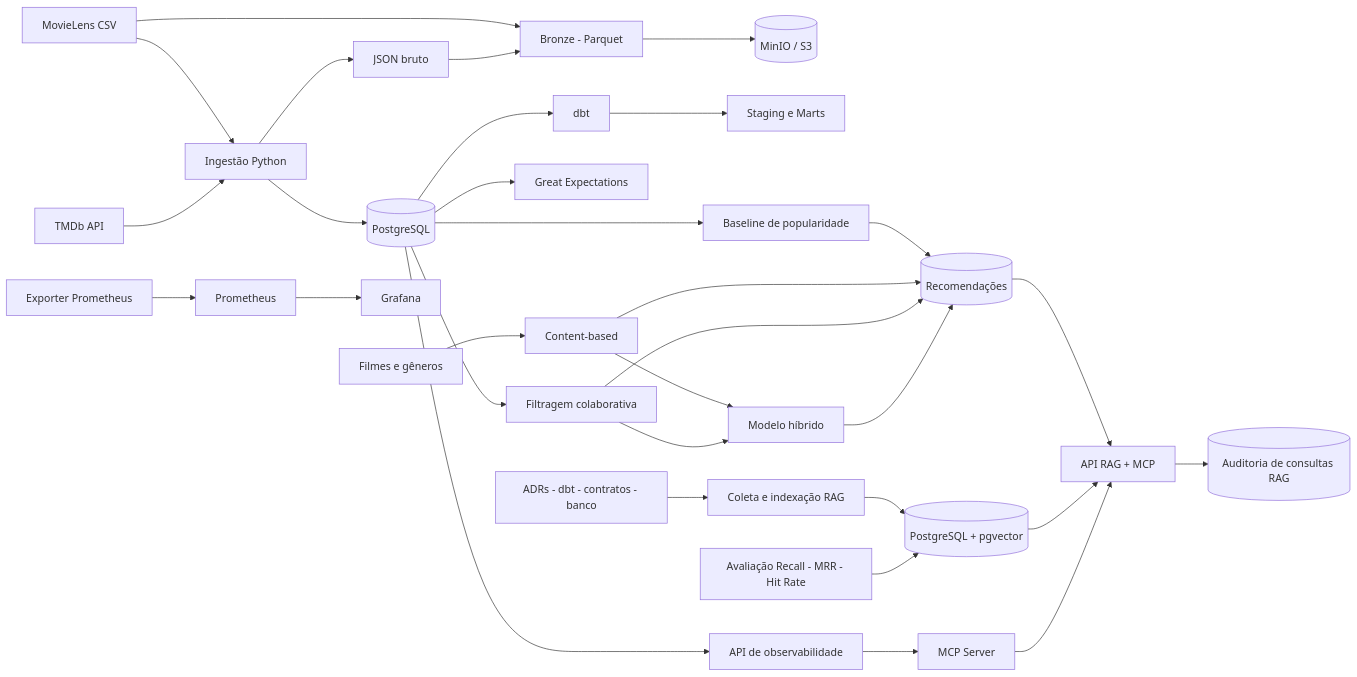
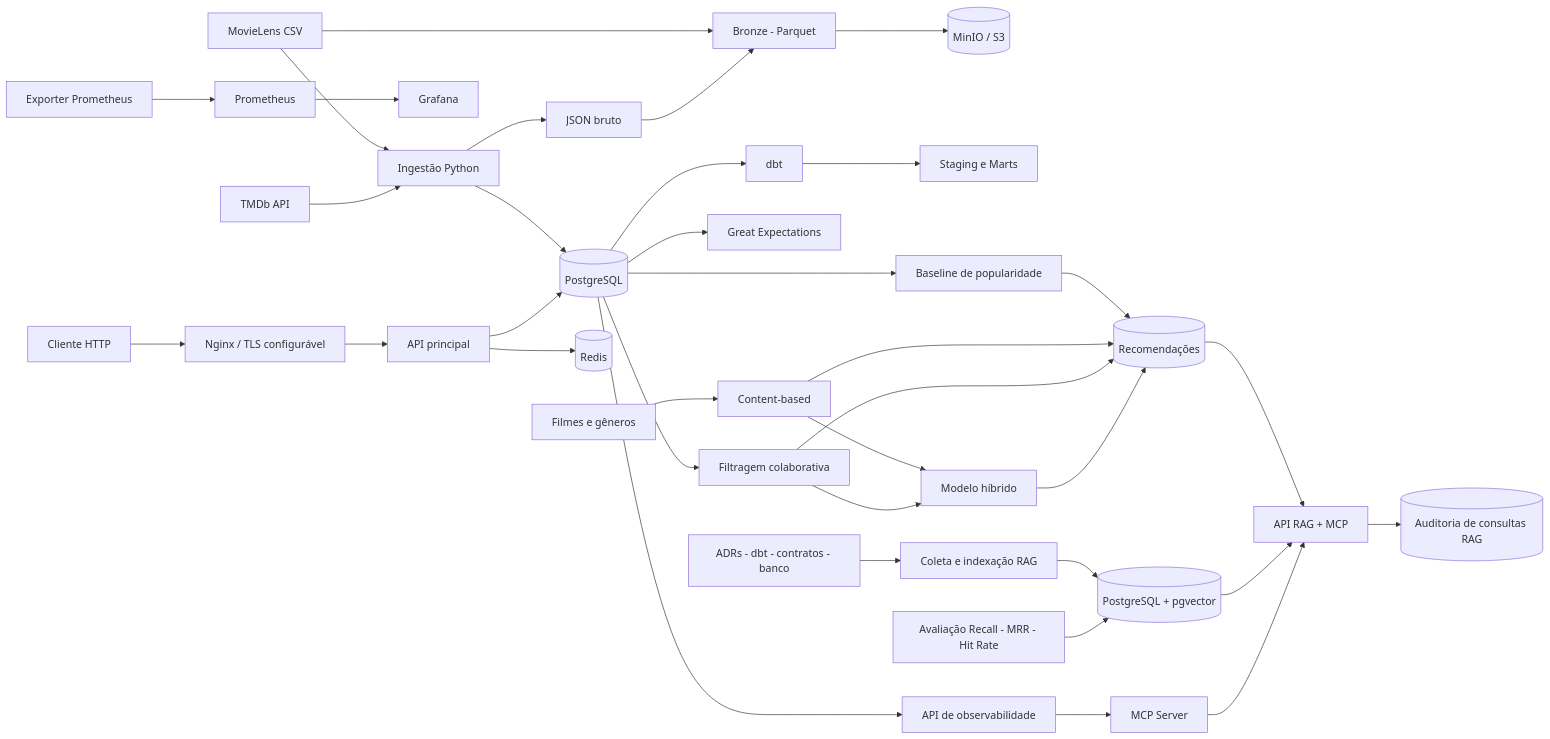
Before and after one commit to CostaPaiiva/CineLake-AI: the diagram in README.md, drawn with Mermaid. The commit also changed other lines of this file, not shown here.

````diff
--- a/README.md
+++ b/README.md
@@ -157,34 +170,38 @@
 ```mermaid
 flowchart LR
     RAGAPI["API RAG + MCP"]
     ML["MovieLens CSV"] --> ING["Ingestão Python"]
     TMDB["TMDb API"] --> ING
     ING --> PG[("PostgreSQL")]
     ING --> RAW["JSON bruto"]
     ML --> BRONZE["Bronze - Parquet"]
     RAW --> BRONZE
     BRONZE --> MINIO[("MinIO / S3")]
     PG --> DBT["dbt"]
     DBT --> MARTS["Staging e Marts"]
     PG --> GE["Great Expectations"]
     MOVIES["Filmes e gêneros"] --> CB["Content-based"]
     PG --> CF["Filtragem colaborativa"]
     PG --> REC["Baseline de popularidade"]
     CB --> HY["Modelo híbrido"]
     CF --> HY
     REC --> RECS[("Recomendações")]
     CB --> RECS
     CF --> RECS
     HY --> RECS
     RECS --> RAGAPI
     PG --> OBS["API de observabilidade"]
     OBS --> MCP["MCP Server"]
     DOCS["ADRs - dbt - contratos - banco"] --> RAG["Coleta e indexação RAG"]
     RAG --> VDB[("PostgreSQL + pgvector")]
     VDB --> RAGAPI
     MCP --> RAGAPI
     RAGAPI --> RAGLOG[("Auditoria de consultas RAG")]
     EVAL["Avaliação Recall - MRR - Hit Rate"] --> VDB
     EXP["Exporter Prometheus"] --> PROM["Prometheus"]
     PROM --> GRAF["Grafana"]
+    CLIENT["Cliente HTTP"] --> NGINX["Nginx / TLS configurável"]
+    NGINX --> API["API principal"]
+    API --> PG
+    API --> REDIS[("Redis")]
 ```
````
